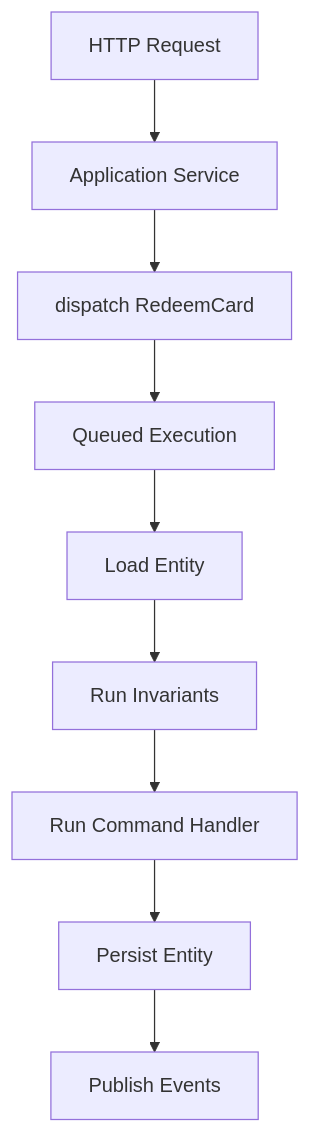
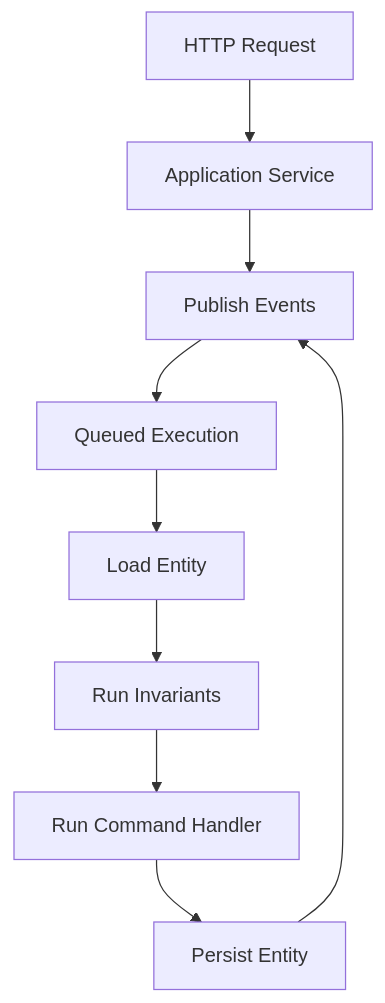
Before and after one commit to atomly/domain: the second of 4 diagrams in docs/pdd/001-user-stories.md, drawn with Mermaid. The commit also changed other lines of this file and 5 other files, not shown here.

````diff
--- a/docs/pdd/001-user-stories.md
+++ b/docs/pdd/001-user-stories.md
@@ -188,11 +208,12 @@
 ```mermaid
 flowchart TD
   HTTP[HTTP Request] --> App[Application Service]
-  App --> Dispatch[dispatch RedeemCard]
-  Dispatch --> Queue[Queued Execution]
+App --> Publish[publish RedeemCard]
+Publish --> Queue[Queued Execution]
+
   Queue --> Load[Load Entity]
   Load --> Invariants[Run Invariants]
   Invariants --> Handle[Run Command Handler]
   Handle --> Persist[Persist Entity]
   Persist --> Publish[Publish Events]
 ```
````
